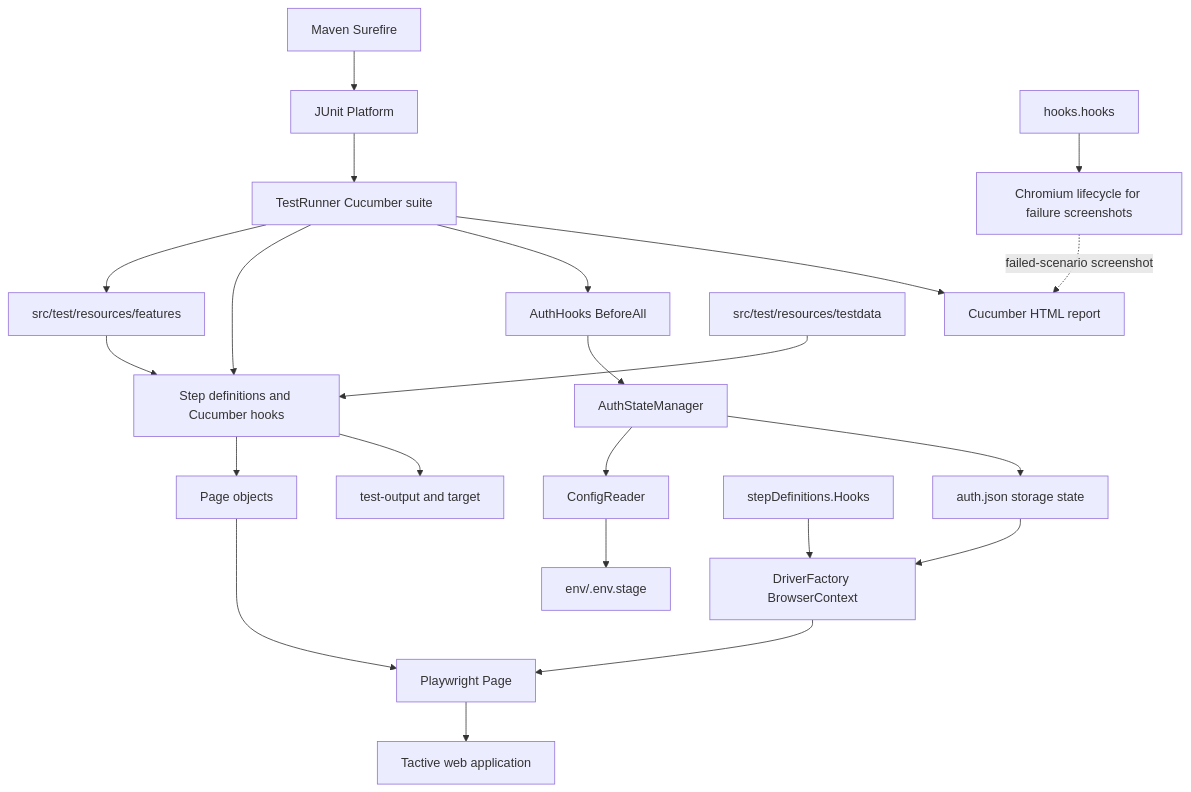
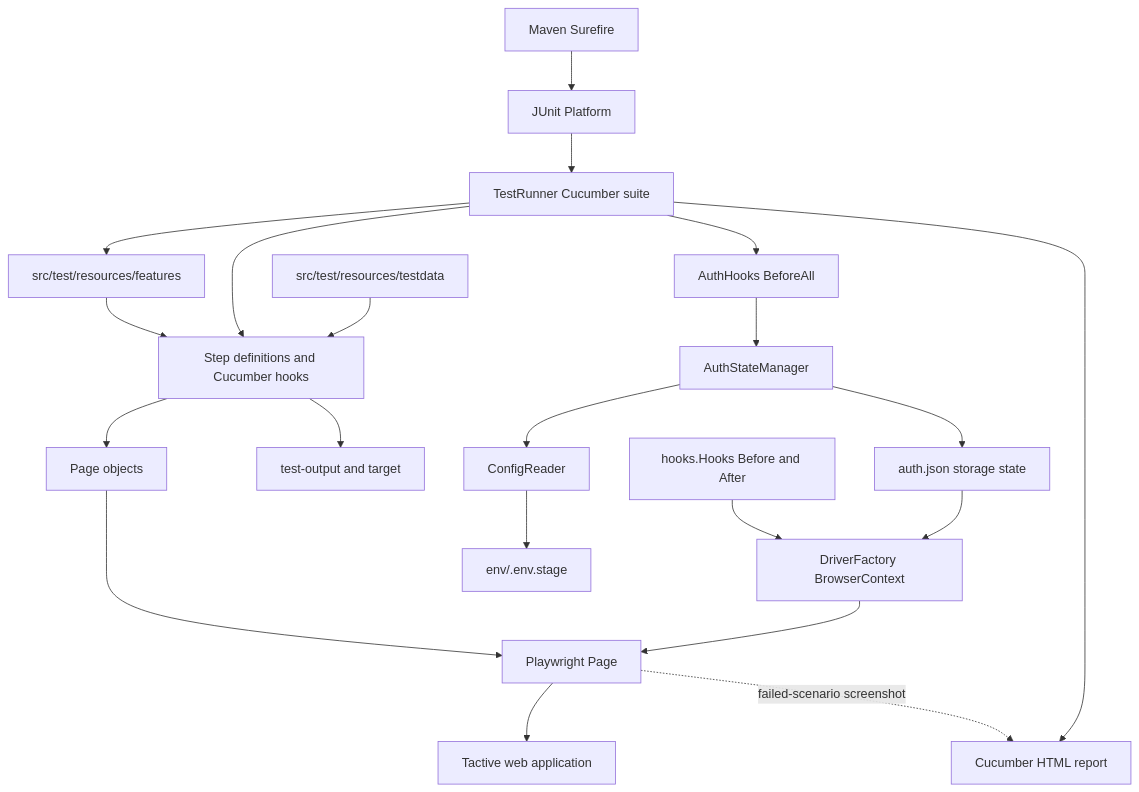
The first of 3 diagrams in docs/architecture.md (venkatramansb/ERP-App), drawn with Mermaid before and after one commit. The commit also changed other lines of this file and 3 other files, not shown here.

````diff
--- a/docs/architecture.md
+++ b/docs/architecture.md
@@ -29,26 +29,25 @@
 ```mermaid
 flowchart TD
 	Maven[Maven Surefire] --> JUnit[JUnit Platform]
 	JUnit --> Runner[TestRunner Cucumber suite]
 	Runner --> Features[src/test/resources/features]
 	Runner --> Glue[Step definitions and Cucumber hooks]
 	Features --> Glue
 	Glue --> Pages[Page objects]
 	Pages --> PW[Playwright Page]
 	PW --> App[Tactive web application]
 
 	Runner --> AuthHook[AuthHooks BeforeAll]
 	AuthHook --> AuthManager[AuthStateManager]
 	AuthManager --> Config[ConfigReader]
 	Config --> Env[env/.env.stage]
 	AuthManager --> State[auth.json storage state]
 	State --> Factory[DriverFactory BrowserContext]
-	ScenarioHook[stepDefinitions.Hooks] --> Factory
+	ScenarioHook[hooks.Hooks Before and After] --> Factory
 	Factory --> PW
 
-	LegacyHook[hooks.hooks] --> ExtraBrowser[Chromium lifecycle for failure screenshots]
-	ExtraBrowser -. failed-scenario screenshot .-> CucumberReport[Cucumber HTML report]
+	PW -. failed-scenario screenshot .-> CucumberReport[Cucumber HTML report]
 	Runner --> CucumberReport
 	TestData[src/test/resources/testdata] --> Glue
 	Glue --> Output[test-output and target]
 ```
````
